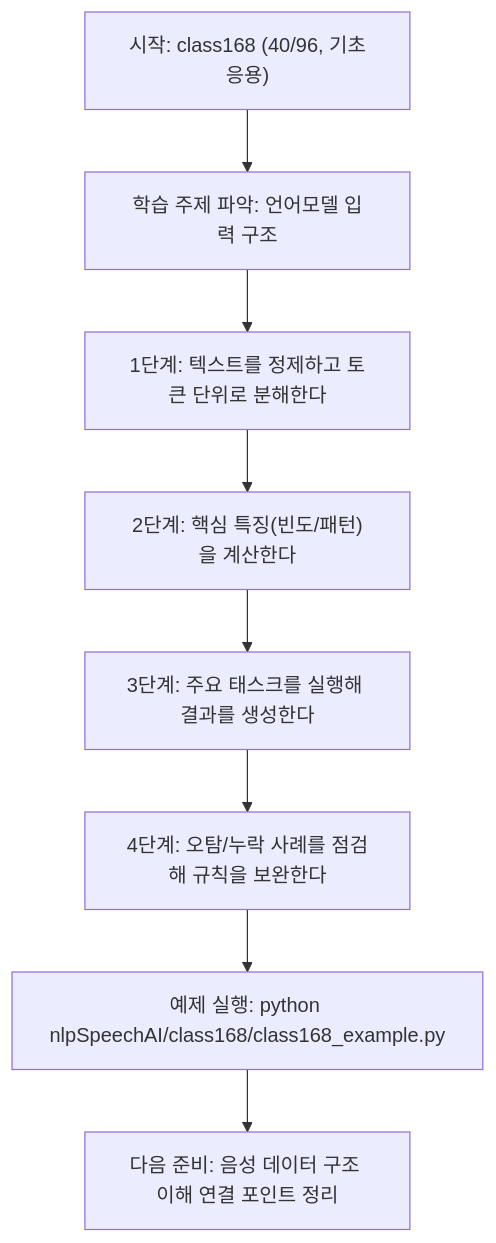
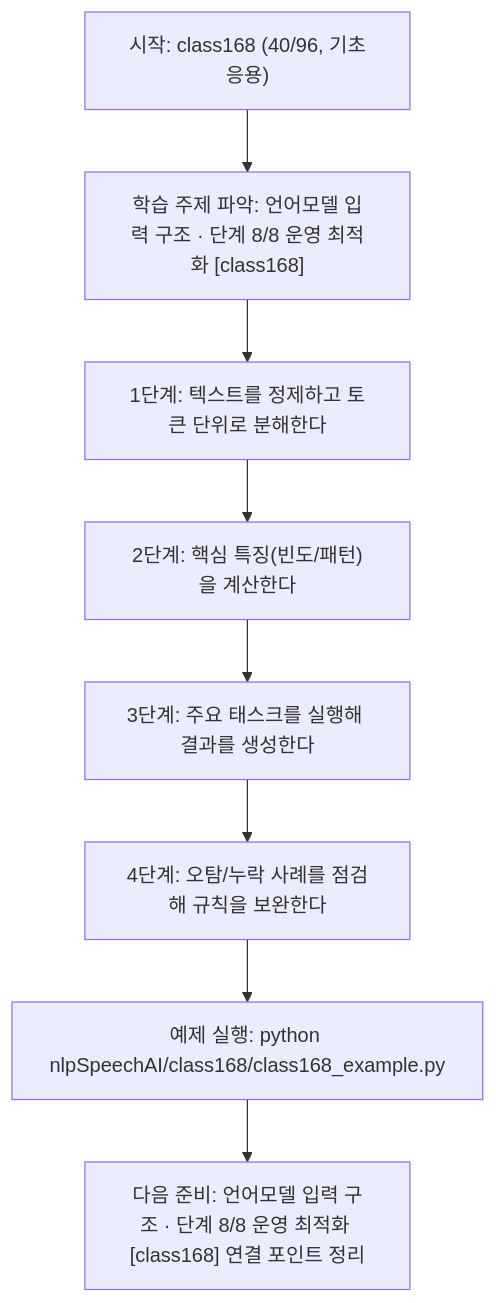
One commit to edumgt/Python-AI_Agent-Class changed the diagram in nlpSpeechAI/class168/class168.md. Above: the diagram before and after it, drawn with Mermaid. The commit also changed other lines of this file and 522 other files, not shown here.

````diff
--- a/nlpSpeechAI/class168/class168.md
+++ b/nlpSpeechAI/class168/class168.md
@@ -113,18 +114,18 @@
 ```mermaid
 flowchart TD
 N1["시작: class168 (40/96, 기초응용)"]
-N2["학습 주제 파악: 언어모델 입력 구조"]
+N2["학습 주제 파악: 언어모델 입력 구조 · 단계 8/8 운영 최적화 [class168]"]
 N3["1단계: 텍스트를 정제하고 토큰 단위로 분해한다"]
 N4["2단계: 핵심 특징(빈도/패턴)을 계산한다"]
 N5["3단계: 주요 태스크를 실행해 결과를 생성한다"]
 N6["4단계: 오탐/누락 사례를 점검해 규칙을 보완한다"]
 N7["예제 실행: python nlpSpeechAI/class168/class168_example.py"]
-N8["다음 준비: 음성 데이터 구조 이해 연결 포인트 정리"]
+N8["다음 준비: 언어모델 입력 구조 · 단계 8/8 운영 최적화 [class168] 연결 포인트 정리"]
 N1 --> N2
 N2 --> N3
 N3 --> N4
 N4 --> N5
 N5 --> N6
 N6 --> N7
 N7 --> N8
 ```
````
